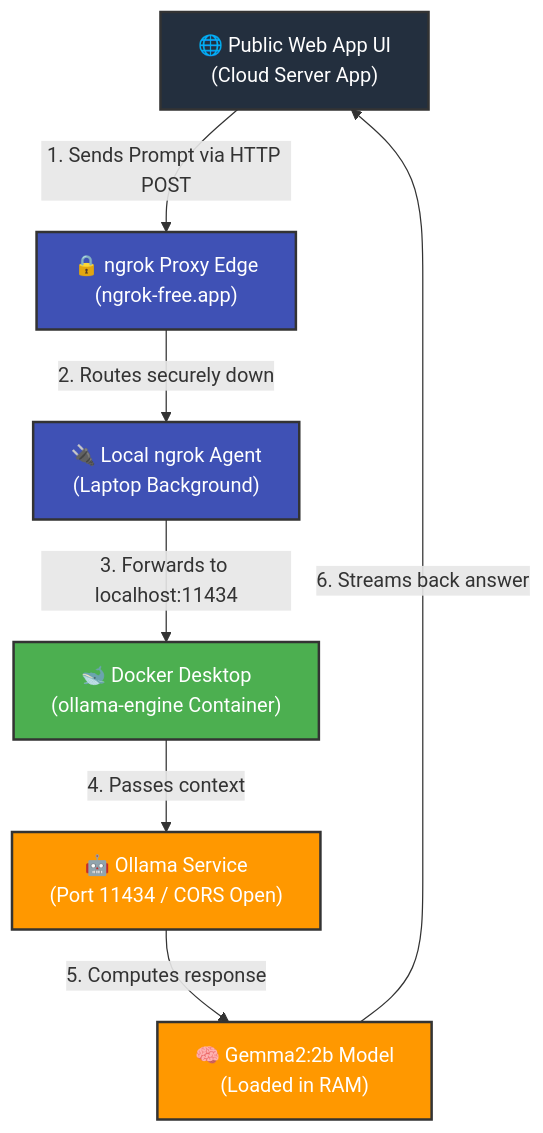
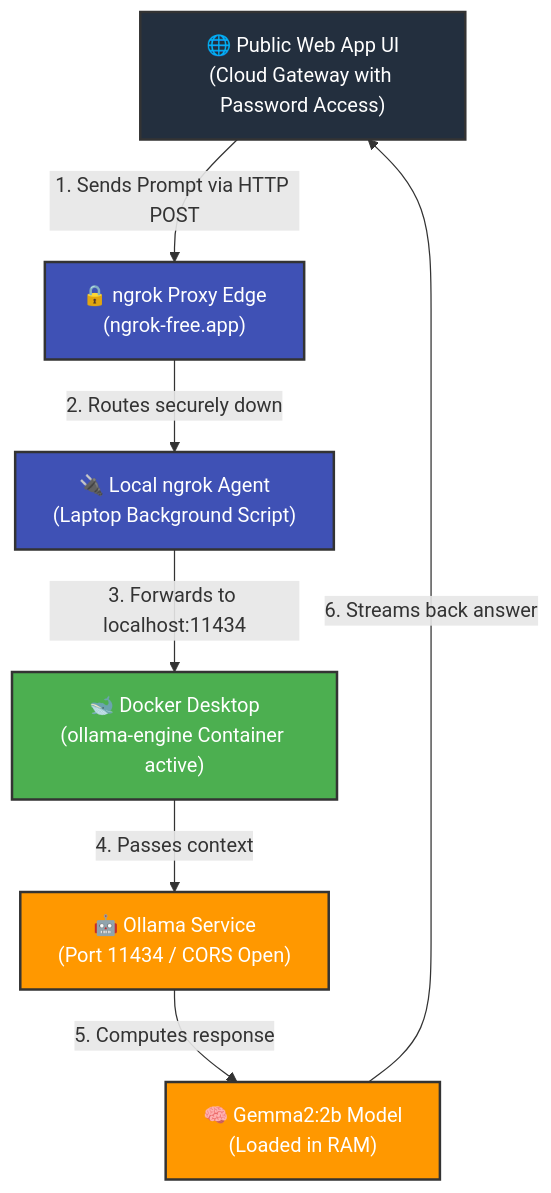
One commit to SRINIVASTA/hybrid-local-ai-workspace changed the diagram in README.md. Above: the diagram before and after it, drawn with Mermaid. The commit also changed other lines of this file, not shown here.

````diff
--- a/README.md
+++ b/README.md
@@ -11,24 +11,24 @@
 ```mermaid
 graph TD
     %% Define Styles
     classDef cloud fill:#232F3E,stroke:#333,stroke-width:2px,color:#fff;
     classDef tunnel fill:#3F51B5,stroke:#333,stroke-width:2px,color:#fff;
     classDef local fill:#4CAF50,stroke:#333,stroke-width:2px,color:#fff;
     classDef engine fill:#FF9800,stroke:#333,stroke-width:2px,color:#fff;
 
     %% Nodes
-    WebUI["🌐 Public Web App UI<br>(Cloud Server App)"]:::cloud
+    WebUI["🌐 Public Web App UI<br>(Cloud Gateway with Password Access)"]:::cloud
     NgrokProxy["🔒 ngrok Proxy Edge<br>(ngrok-free.app)"]:::tunnel
-    LaptopTunnel["🔌 Local ngrok Agent<br>(Laptop Background)"]:::tunnel
-    DockerEngine["🐋 Docker Desktop<br>(ollama-engine Container)"]:::local
+    LaptopTunnel["🔌 Local ngrok Agent<br>(Laptop Background Script)"]:::tunnel
+    DockerEngine["🐋 Docker Desktop<br>(ollama-engine Container active)"]:::local
     OllamaAPI["🤖 Ollama Service<br>(Port 11434 / CORS Open)"]:::engine
     GemmaModel["🧠 Gemma2:2b Model<br>(Loaded in RAM)"]:::engine
 
     %% Connections
     WebUI -->|1. Sends Prompt via HTTP POST| NgrokProxy
     NgrokProxy -->|2. Routes securely down| LaptopTunnel
     LaptopTunnel -->|3. Forwards to localhost:11434| DockerEngine
     DockerEngine -->|4. Passes context| OllamaAPI
     OllamaAPI -->|5. Computes response| GemmaModel
     GemmaModel -->|6. Streams back answer| WebUI
 ```
````
